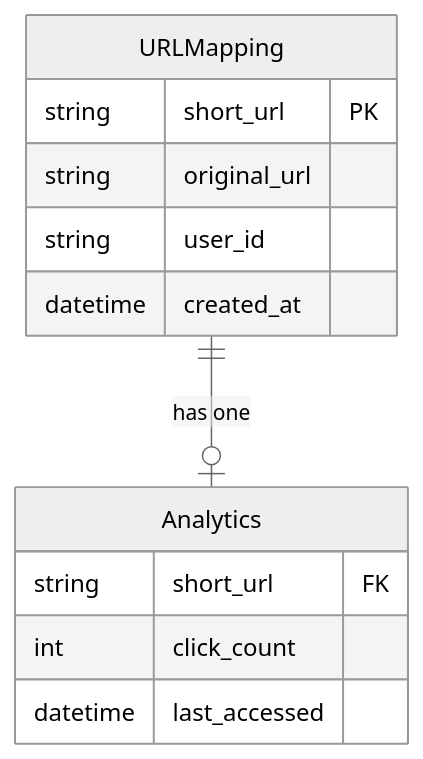
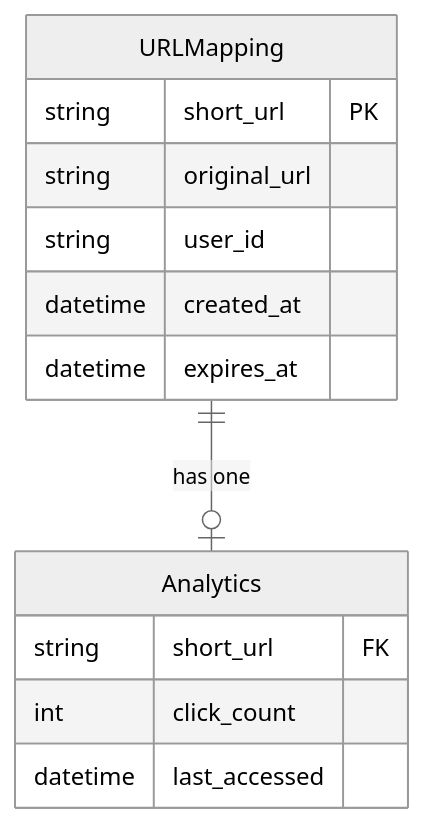
The first of 6 diagrams in SYSTEM_DESIGN/URL_SHORTNER.md (gajwala/DSA-Topic-wise), drawn with Mermaid (neutral theme) before and after one commit. The commit also changed other lines of this file, not shown here.

````diff
--- a/SYSTEM_DESIGN/URL_SHORTNER.md
+++ b/SYSTEM_DESIGN/URL_SHORTNER.md
@@ -46,15 +46,16 @@
 ```mermaid
 erDiagram
     URLMapping {
         string short_url PK
         string original_url
         string user_id
         datetime created_at
+        datetime expires_at
     }
     Analytics {
         string short_url FK
         int click_count
         datetime last_accessed
     }
     URLMapping ||--o| Analytics : "has one"
 ```
````
